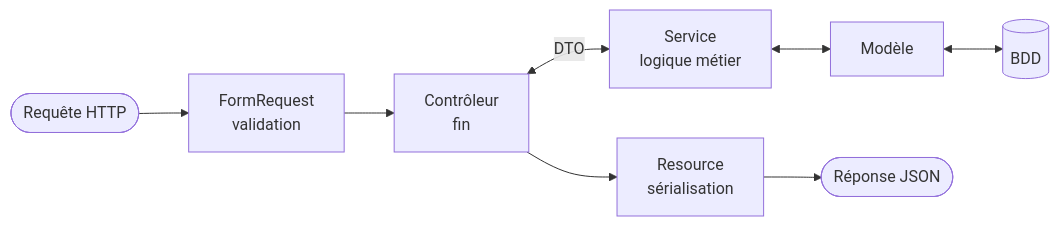
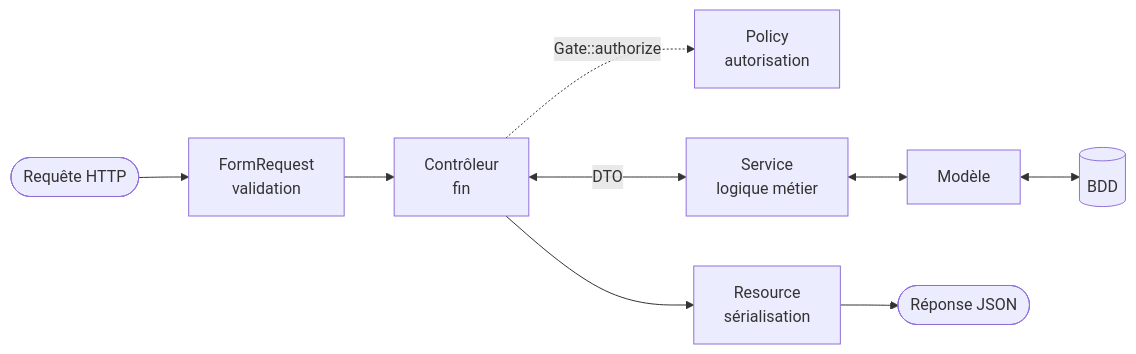
Before and after one commit to Nameless0l/laravel-api-generator: the diagram in docs/fr/guide/getting-started.md, drawn with Mermaid. The commit also changed other lines of this file and 24 other files, not shown here.

````diff
--- a/docs/fr/guide/getting-started.md
+++ b/docs/fr/guide/getting-started.md
@@ -63,10 +63,11 @@
 ```mermaid
 flowchart LR
     REQ(["Requête HTTP"]) --> FR["FormRequest<br/>validation"]
     FR --> CTRL["Contrôleur<br/>fin"]
+    CTRL -. "Gate::authorize" .-> POL["Policy<br/>autorisation"]
     CTRL <-- "DTO" --> SVC["Service<br/>logique métier"]
     SVC <--> MOD["Modèle"]
     MOD <--> DB[("BDD")]
     CTRL --> RES["Resource<br/>sérialisation"]
     RES --> OUT(["Réponse JSON"])
 ```
````
